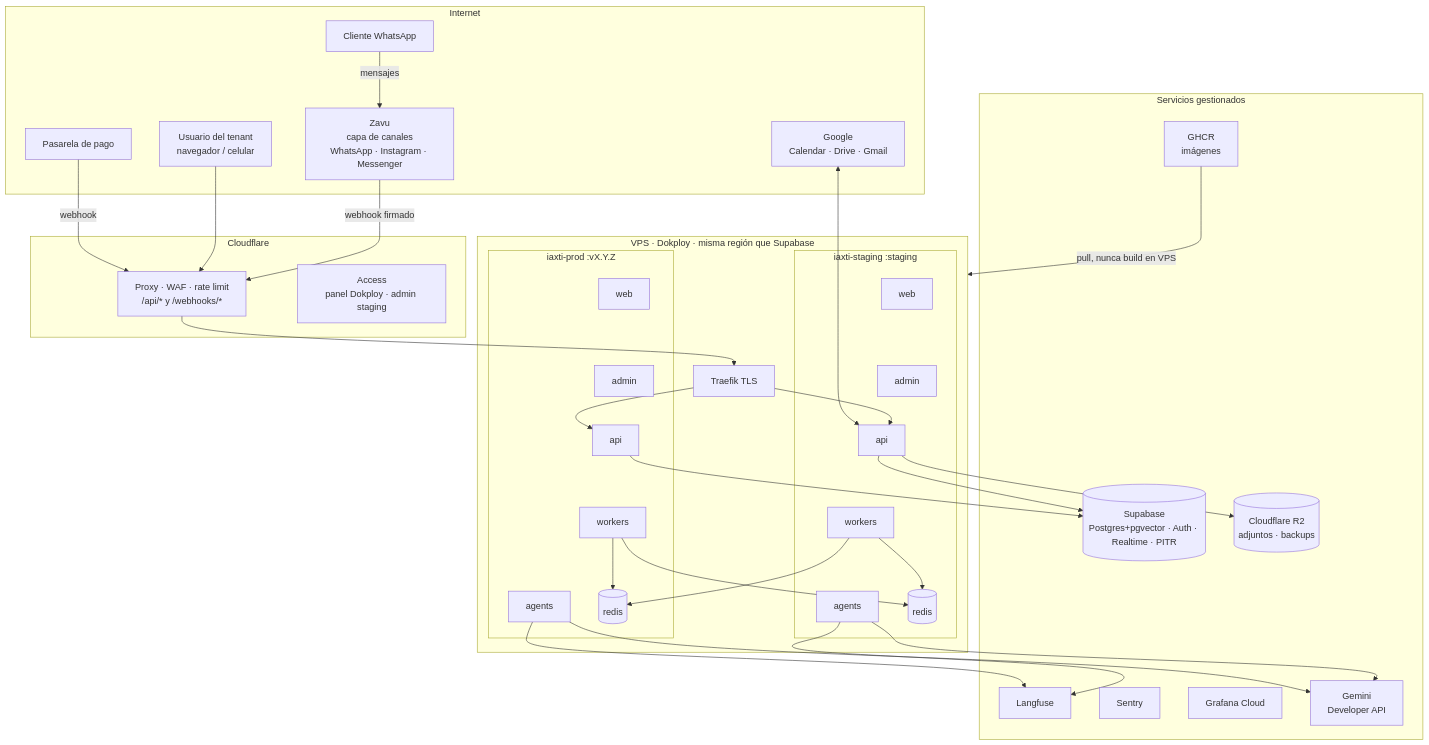
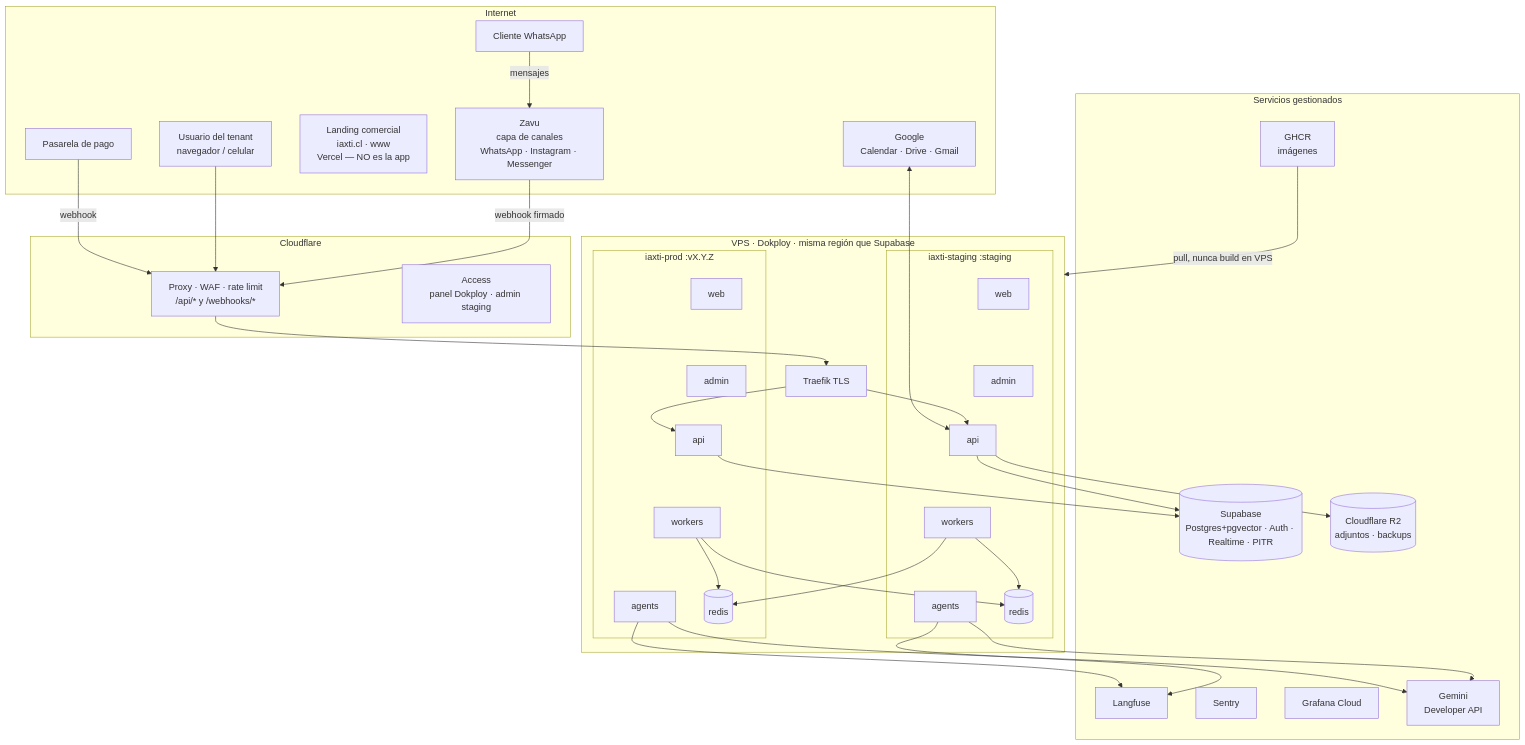
The first of 7 diagrams in docs/ARCHITECTURE.md (voxtilabs/IAxTi), drawn with Mermaid before and after one commit. The commit also changed 2 other files, not shown here.

Commit message:
docs(infra): mapa de dominios, porque el apex ya es de la landing

````diff
--- a/docs/ARCHITECTURE.md
+++ b/docs/ARCHITECTURE.md
@@ -8,48 +8,49 @@
 ```mermaid
 flowchart TB
   subgraph internet[Internet]
     C[Cliente WhatsApp]
     U[Usuario del tenant<br/>navegador / celular]
     K[Zavu<br/>capa de canales<br/>WhatsApp · Instagram · Messenger]
+    L[Landing comercial<br/>iaxti.cl · www<br/>Vercel — NO es la app]
     G[Google<br/>Calendar · Drive · Gmail]
     P[Pasarela de pago]
   end
 
   subgraph cf[Cloudflare]
     WAF[Proxy · WAF · rate limit<br/>/api/* y /webhooks/*]
     ACC[Access<br/>panel Dokploy · admin staging]
   end
 
   subgraph vps[VPS · Dokploy · misma región que Supabase]
     T[Traefik TLS]
     subgraph stg[iaxti-staging :staging]
       SW[web] ~~~ SA[admin] ~~~ SAPI[api] ~~~ SWK[workers] ~~~ SAG[agents]
       SR[(redis)]
     end
     subgraph prd[iaxti-prod :vX.Y.Z]
       PW[web] ~~~ PA[admin] ~~~ PAPI[api] ~~~ PWK[workers] ~~~ PAG[agents]
       PR[(redis)]
     end
   end
 
   subgraph ext[Servicios gestionados]
     SB[(Supabase<br/>Postgres+pgvector · Auth · Realtime · PITR)]
     R2[(Cloudflare R2<br/>adjuntos · backups)]
     GH[GHCR<br/>imágenes]
     LF[Langfuse]
     SEN[Sentry]
     GC[Grafana Cloud]
     GEM[Gemini<br/>Developer API]
   end
 
   C -->|mensajes| K -->|webhook firmado| WAF --> T
   U --> WAF
   T --> SAPI & PAPI
   SAPI & PAPI --> SB
   SWK & PWK --> SR & PR
   SAG & PAG --> GEM & LF
   SAPI --> R2
   GH -->|pull, nunca build en VPS| vps
   G <--> SAPI
   P -->|webhook| WAF
 ```
````
